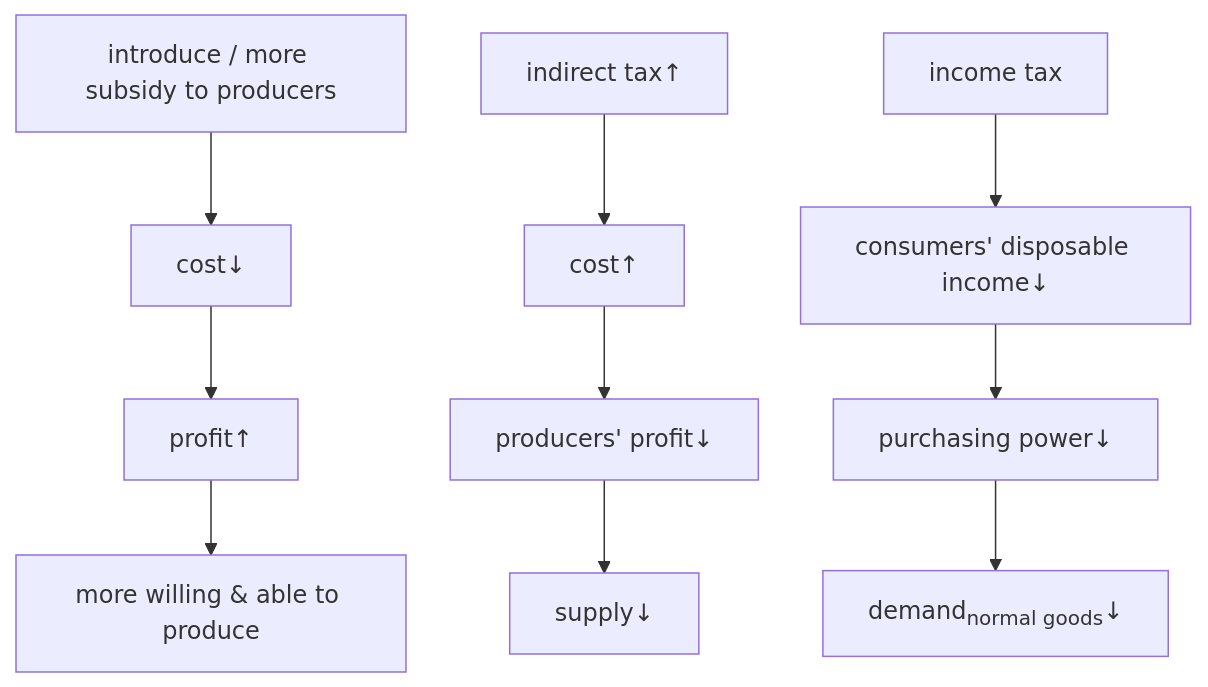
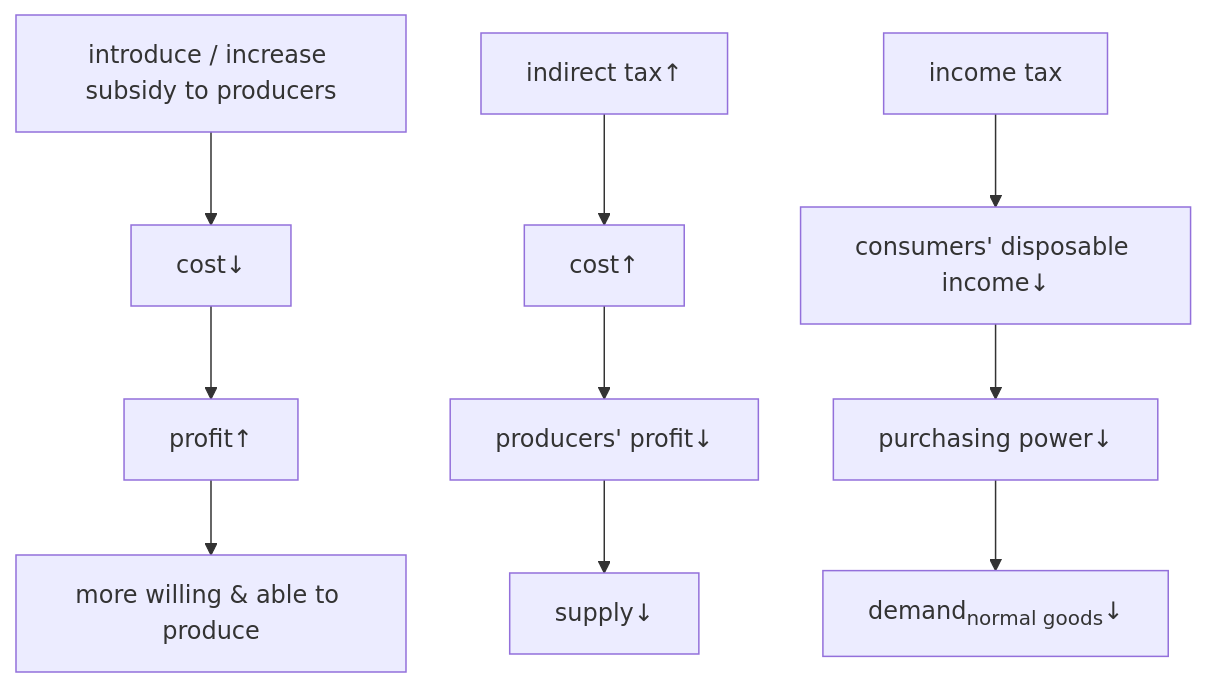
Before and after one commit to xin1z/IGCSE-Notes: the third of 6 diagrams in Economics/2. The Allocation of Resources/2.3 Supply.md, drawn with Mermaid. The commit also changed other lines of this file and 2 other files, not shown here.

````diff
--- a/Economics/2. The Allocation of Resources/2.3 Supply.md
+++ b/Economics/2. The Allocation of Resources/2.3 Supply.md
@@ -68,15 +68,15 @@
 ```mermaid
 flowchart TD
-A[introduce / more subsidy to producers]
+A[introduce / increase subsidy to producers]
 	A --> B[cost&darr;]
 	B --> C[profit&uarr;]
 	C --> D[more willing & able to produce]
 E[indirect tax&uarr;]
 	E --> F[cost&uarr;]
 	F --> G[producers' profit&darr;]
 	G --> H[supply&darr;]
 I[income tax]
 	I --> J[consumers' disposable income&darr;]
 	J --> K[purchasing power&darr;]
 	K --> L[demand<sub>normal goods</sub>&darr;]
 ```
````
